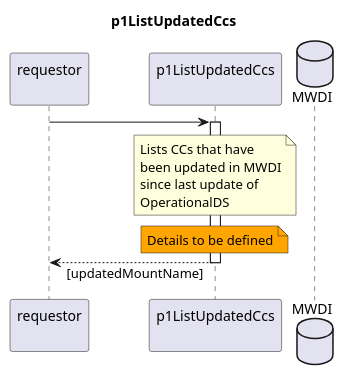
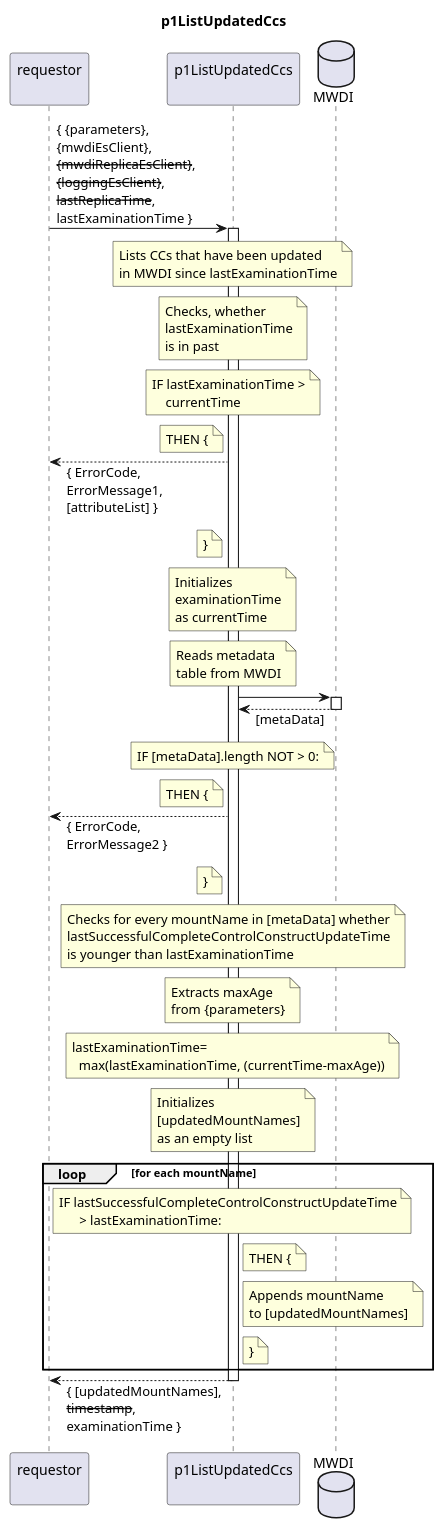
The diagram in spec/Functions/Measurement/p1ListUpdatedCcs/1.0.0/p1ListUpdatedCcs.plantuml (openBackhaul/FirmWareManager), drawn with PlantUML before and after one commit. The commit also changed 23 other files, not shown here.

Commit message:
Define generic p1ListUpdatedCcs and its embedding in p1MeasureDomain

```diff
--- a/spec/Functions/Measurement/p1ListUpdatedCcs/1.0.0/p1ListUpdatedCcs.plantuml
+++ b/spec/Functions/Measurement/p1ListUpdatedCcs/1.0.0/p1ListUpdatedCcs.plantuml
@@ -1,27 +1,101 @@
 @startuml p1ListUpdatedCcs
 skinparam responseMessageBelowArrow true
 
 title
   p1ListUpdatedCcs
 end title
 
 participant "requestor\n" as requestor
 participant "p1ListUpdatedCcs\n" as indServ
 
 database "MWDI" as Mwdi
 
-requestor -> indServ
+requestor -> indServ: { {parameters},\n{mwdiEsClient},\n--{mwdiReplicaEsClient}--,\n--{loggingEsClient}--,\n--lastReplicaTime--,\nlastExaminationTime }
 activate indServ
+
   note over indServ
-    Lists CCs that have
-    been updated in MWDI
-    since last update of
-    OperationalDS
+    Lists CCs that have been updated
+    in MWDI since lastExaminationTime
   end note
-  note over indServ #Orange
-    Details to be defined
+
+  note over indServ
+    Checks, whether
+    lastExaminationTime
+    is in past
   end note
-requestor <-- indServ: [updatedMountName]
+  note over indServ
+    IF lastExaminationTime >
+        currentTime
+  end note
+  note left indServ
+    THEN {
+  end note
+  requestor <-- indServ: { ErrorCode,\nErrorMessage1,\n[attributeList] }
+  note left indServ
+    }
+  end note
+
+  note over indServ
+    Initializes
+    examinationTime
+    as currentTime
+  end note
+  note over indServ
+    Reads metadata
+    table from MWDI
+  end note
+  indServ -> Mwdi
+  activate Mwdi
+  indServ <-- Mwdi: [metaData]
+  deactivate Mwdi
+  note over indServ
+    IF [metaData].length NOT > 0:
+  end note
+  note left indServ
+    THEN {
+  end note
+  requestor <-- indServ: { ErrorCode,\nErrorMessage2 }
+  note left indServ
+    }
+  end note
+
+  note over indServ
+    Checks for every mountName in [metaData] whether
+    lastSuccessfulCompleteControlConstructUpdateTime
+    is younger than lastExaminationTime
+  end note
+  note over indServ
+    Extracts maxAge
+    from {parameters}
+  end note
+  note over indServ
+    lastExaminationTime=
+      max(lastExaminationTime, (currentTime-maxAge))
+  end note
+  note over indServ
+    Initializes
+    [updatedMountNames]
+    as an empty list
+  end note
+  loop for each mountName
+    note over indServ
+      IF lastSuccessfulCompleteControlConstructUpdateTime
+            > lastExaminationTime:
+    end note
+    note right indServ
+      THEN {
+    end note
+    note right indServ
+      Appends mountName
+      to [updatedMountNames]
+    end note
+    note right indServ
+      }
+    end note
+  end loop
+
+
+requestor <-- indServ: { [updatedMountNames],\n--timestamp--,\nexaminationTime }
 deactivate indServ
 
 @enduml
```
